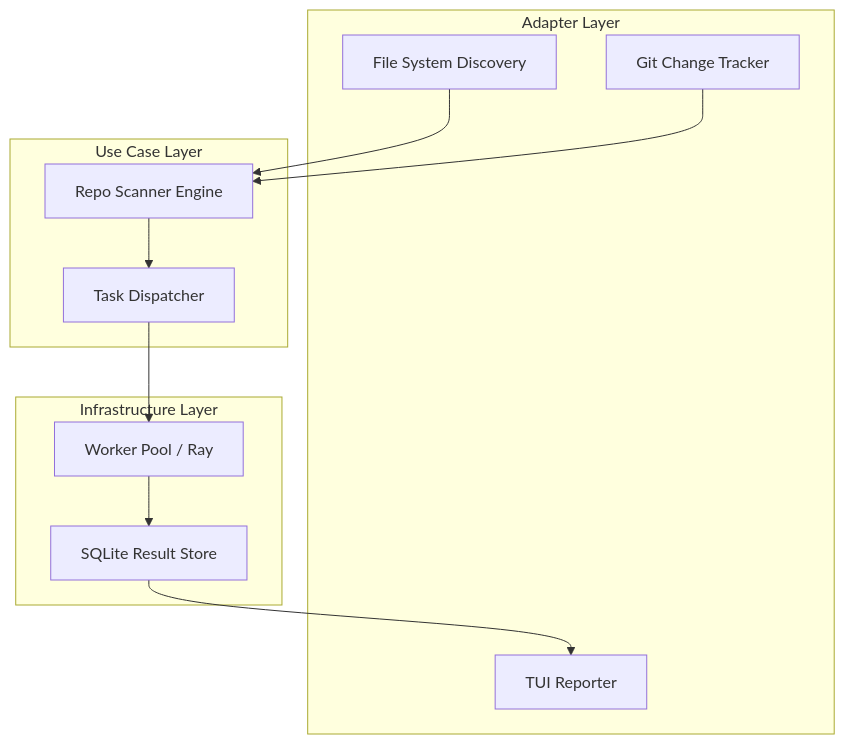
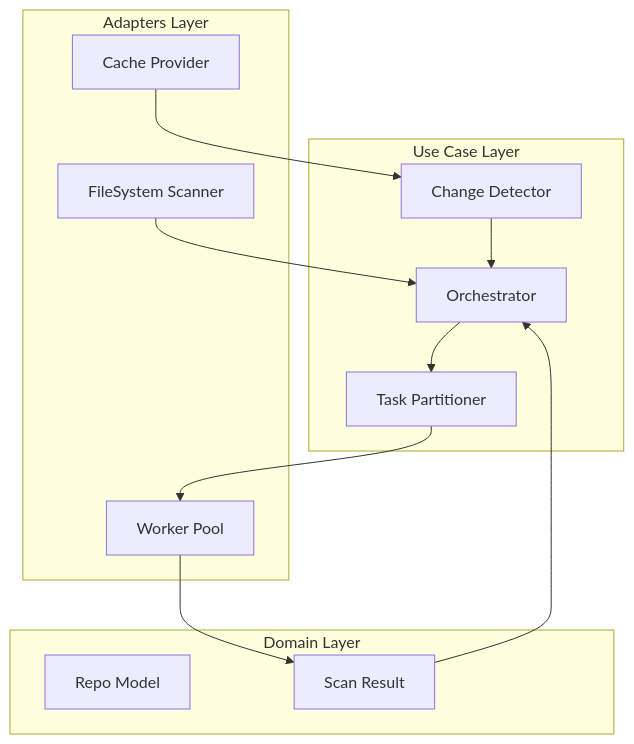
The diagram in specs/F2-large-scale-repository-scanner-ad9f7f8b/design.md (davidlapsleyio/shipkode-python-linting-cli-utility), drawn with Mermaid before and after one commit. The commit also changed other lines of this file and 20 other files, not shown here.

````diff
--- a/specs/F2-large-scale-repository-scanner-ad9f7f8b/design.md
+++ b/specs/F2-large-scale-repository-scanner-ad9f7f8b/design.md
@@ -25,25 +23,27 @@
 ```mermaid
 graph TD
-    subgraph UseCases [Use Case Layer]
-        Scanner[Repo Scanner Engine]
-        Dispatcher[Task Dispatcher]
+    subgraph "Adapters Layer"
+        FS[FileSystem Scanner]
+        CS[Cache Provider]
+        WR[Worker Pool]
     end
 
-    subgraph Adapters [Adapter Layer]
-        FS[File System Discovery]
-        Git[Git Change Tracker]
-        Terminal[TUI Reporter]
+    subgraph "Use Case Layer"
+        OC[Orchestrator]
+        CH[Change Detector]
+        TP[Task Partitioner]
     end
 
-    subgraph Infrastructure [Infrastructure Layer]
-        Pool[Worker Pool / Ray]
-        Cache[SQLite Result Store]
+    subgraph "Domain Layer"
+        RM[Repo Model]
+        SC[Scan Result]
     end
 
-    FS --> Scanner
-    Git --> Scanner
-    Scanner --> Dispatcher
-    Dispatcher --> Pool
-    Pool --> Cache
-    Cache --> Terminal
+    FS --> OC
+    CS --> CH
+    CH --> OC
+    OC --> TP
+    TP --> WR
+    WR --> SC
+    SC --> OC
 ```
````
